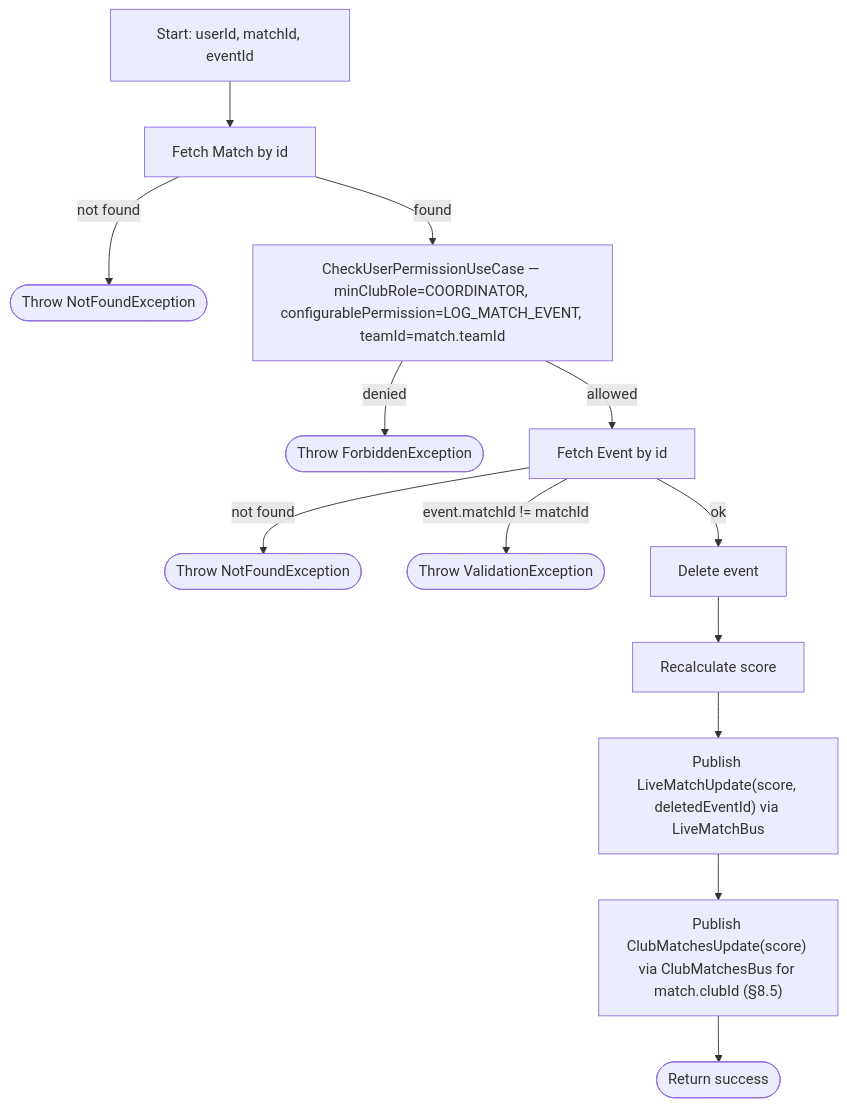
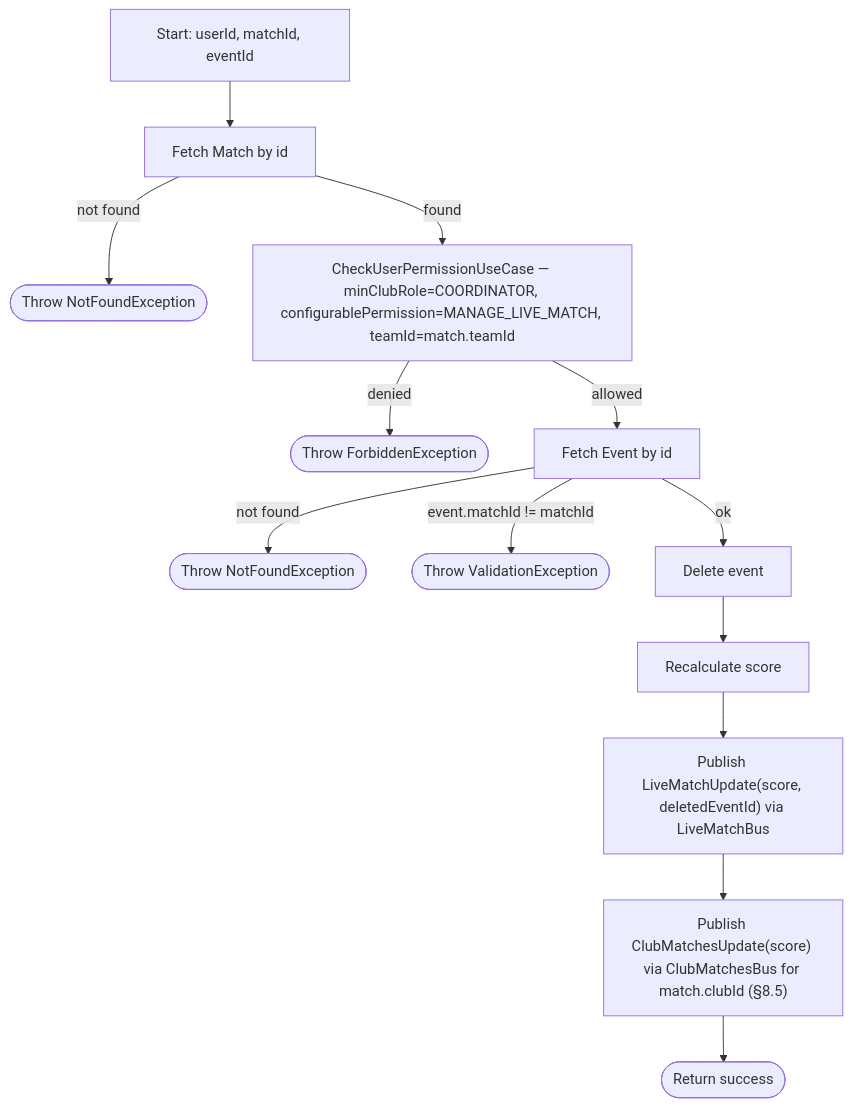
Before and after one commit to ricardofrango/squadify: diagram 45 of 57 in PROCESS_FLOWS.md, drawn with Mermaid. The commit also changed other lines of this file and 9 other files, not shown here.

First line of the commit message:
Split call-ups into its own configurable permission

````diff
--- a/PROCESS_FLOWS.md
+++ b/PROCESS_FLOWS.md
@@ -973,15 +974,15 @@
 ```mermaid
 graph TD
     A[Start: userId, matchId, eventId] --> B[Fetch Match by id]
     B -- not found --> N1(["Throw NotFoundException"])
-    B -- found --> C[CheckUserPermissionUseCase — minClubRole=COORDINATOR, configurablePermission=LOG_MATCH_EVENT, teamId=match.teamId]
+    B -- found --> C[CheckUserPermissionUseCase — minClubRole=COORDINATOR, configurablePermission=MANAGE_LIVE_MATCH, teamId=match.teamId]
     C -- denied --> F(["Throw ForbiddenException"])
     C -- allowed --> D[Fetch Event by id]
     D -- not found --> N2(["Throw NotFoundException"])
     D -- event.matchId != matchId --> V(["Throw ValidationException"])
     D -- ok --> E[Delete event]
     E --> G[Recalculate score]
     G --> H["Publish LiveMatchUpdate(score, deletedEventId) via LiveMatchBus"]
     H --> H2["Publish ClubMatchesUpdate(score) via ClubMatchesBus for match.clubId (§8.5)"]
     H2 --> Z(["Return success"])
 ```
````
